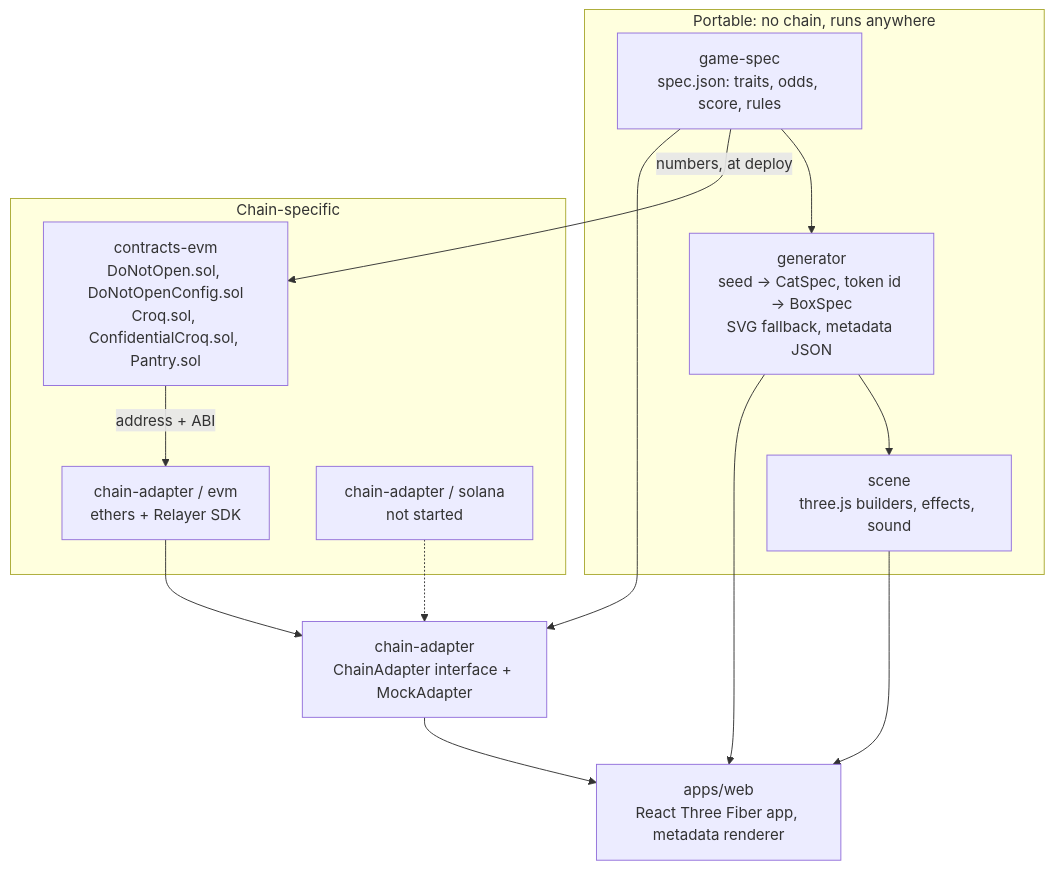
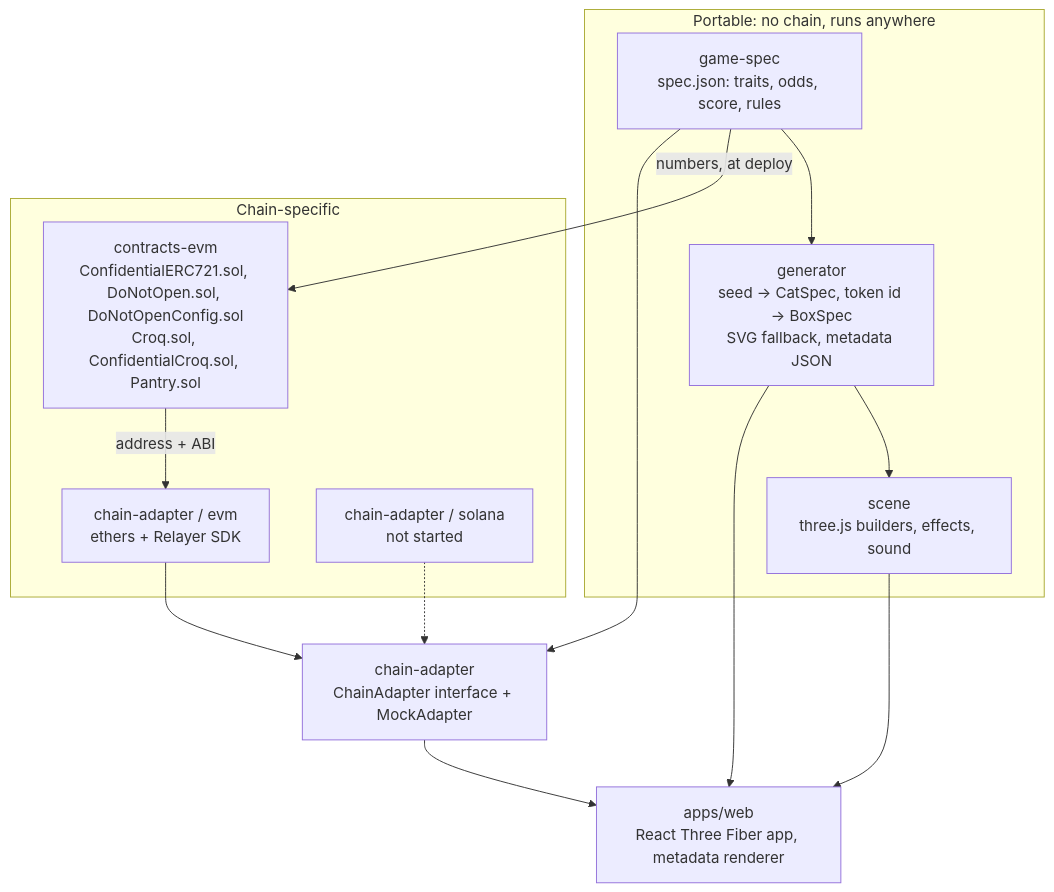
Before and after one commit to jecombe/do_not_open: the first of 6 diagrams in docs/ARCHITECTURE.md, drawn with Mermaid. The commit also changed other lines of this file and 25 other files, not shown here.

````diff
--- a/docs/ARCHITECTURE.md
+++ b/docs/ARCHITECTURE.md
@@ -5,24 +5,24 @@
 ```mermaid
 flowchart TB
   subgraph portable["Portable: no chain, runs anywhere"]
     spec["game-spec<br/>spec.json: traits, odds, score, rules"]
     gen["generator<br/>seed -> CatSpec, token id -> BoxSpec<br/>SVG fallback, metadata JSON"]
     scene["scene<br/>three.js builders, effects, sound"]
   end
   subgraph chain["Chain-specific"]
-    evm["contracts-evm<br/>DoNotOpen.sol, DoNotOpenConfig.sol<br/>Croq.sol, ConfidentialCroq.sol, Pantry.sol"]
+    evm["contracts-evm<br/>ConfidentialERC721.sol, DoNotOpen.sol, DoNotOpenConfig.sol<br/>Croq.sol, ConfidentialCroq.sol, Pantry.sol"]
     impl["chain-adapter / evm<br/>ethers + Relayer SDK"]
     sol["chain-adapter / solana<br/>not started"]
   end
   iface["chain-adapter<br/>ChainAdapter interface + MockAdapter"]
   web["apps/web<br/>React Three Fiber app, metadata renderer"]
 
   spec --> gen --> scene --> web
   gen --> web
   spec -- "numbers, at deploy" --> evm
   evm -- "address + ABI" --> impl
   impl --> iface
   sol -.-> iface
   spec --> iface
   iface --> web
 ```
````
